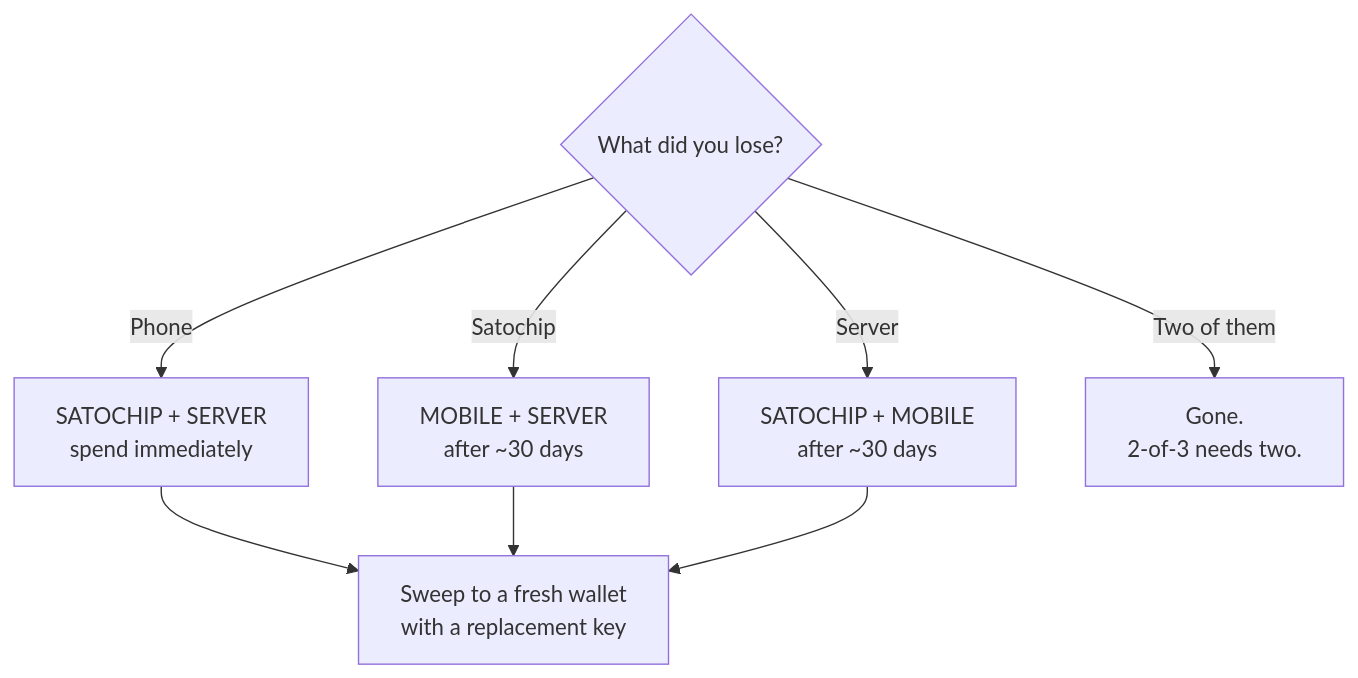
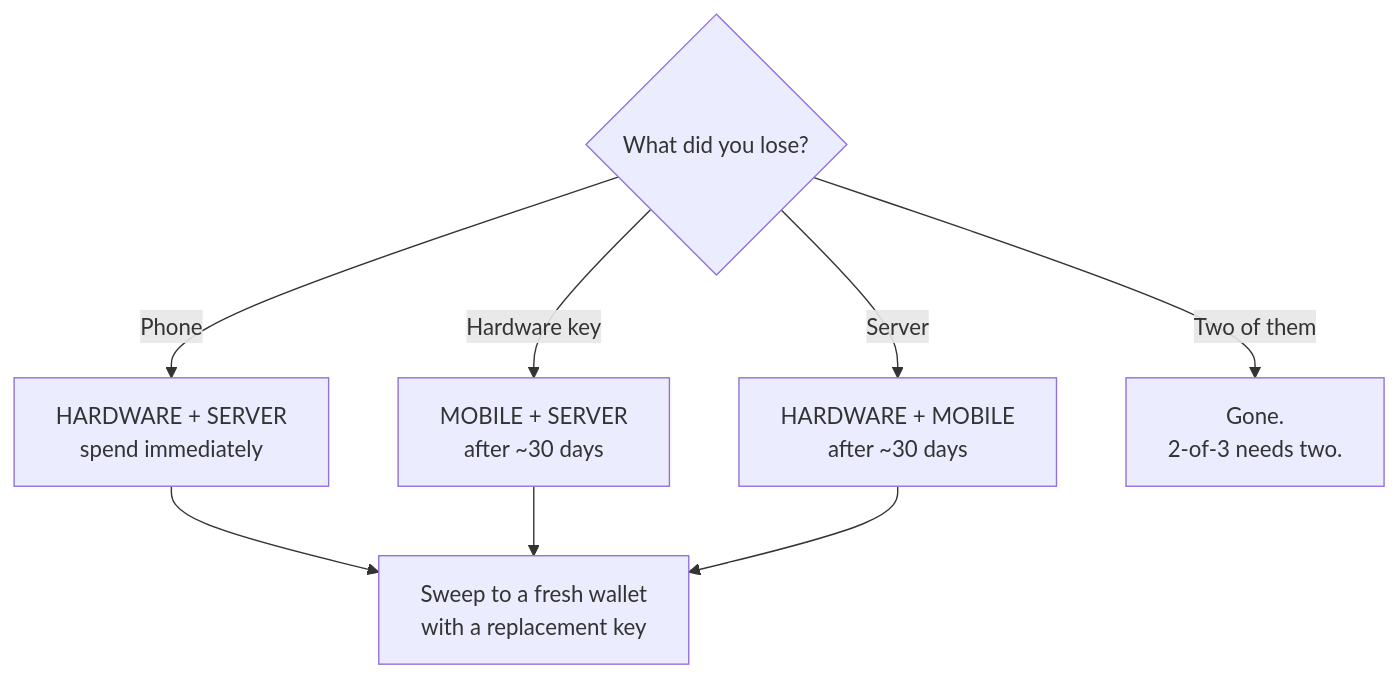
Before and after one commit to TDH-Labs/Bitme: the third of 4 diagrams in README.md, drawn with Mermaid. The commit also changed other lines of this file and 36 other files, not shown here.

````diff
--- a/README.md
+++ b/README.md
@@ -208,11 +272,11 @@
 ```mermaid
 flowchart TD
     START{What did you lose?} 
-    START -->|Phone| P[SATOCHIP + SERVER<br/>spend immediately]
-    START -->|Satochip| H[MOBILE + SERVER<br/>after ~30 days]
-    START -->|Server| S[SATOCHIP + MOBILE<br/>after ~30 days]
+    START -->|Phone| P[HARDWARE + SERVER<br/>spend immediately]
+    START -->|Hardware key| H[MOBILE + SERVER<br/>after ~30 days]
+    START -->|Server| S[HARDWARE + MOBILE<br/>after ~30 days]
     START -->|Two of them| D[Gone.<br/>2-of-3 needs two.]
     P --> SWEEP[Sweep to a fresh wallet<br/>with a replacement key]
     H --> SWEEP
     S --> SWEEP
 ```
````
